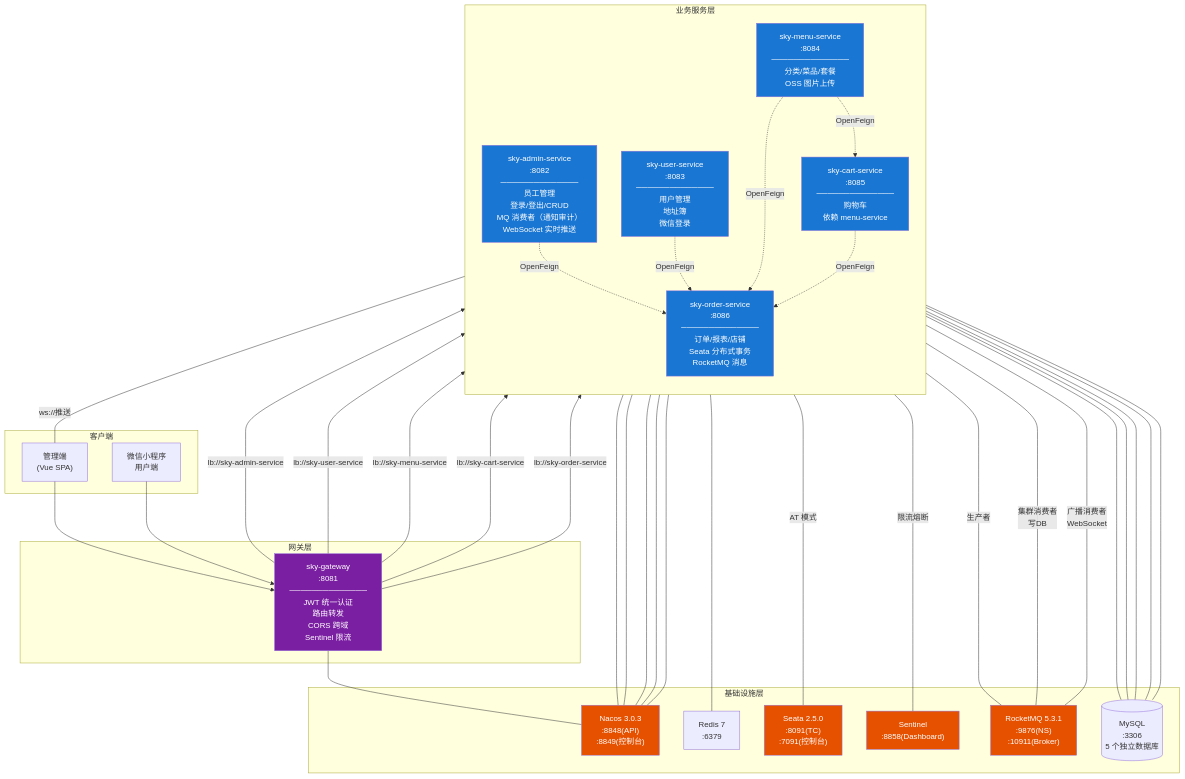
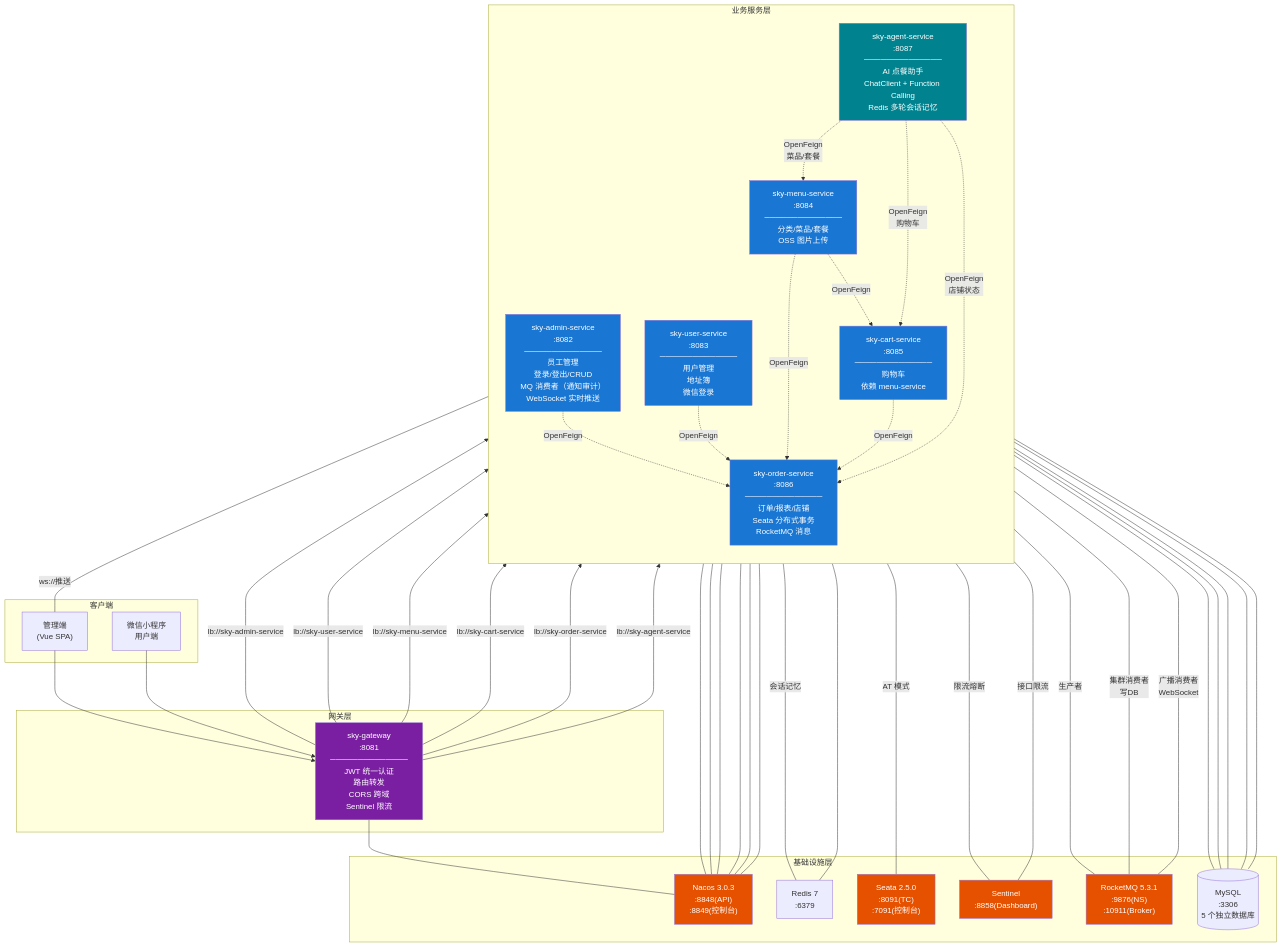
The first of 2 diagrams in README.md (huang-sitong/takeout), drawn with Mermaid before and after one commit. The commit also changed other lines of this file, not shown here.

```diff
--- a/README.md
+++ b/README.md
@@ -51,6 +52,7 @@
         MenuSvc["sky-menu-service<br/>:8084<br/>──────────────<br/>分类/菜品/套餐<br/>OSS 图片上传"]
         CartSvc["sky-cart-service<br/>:8085<br/>──────────────<br/>购物车<br/>依赖 menu-service"]
         OrderSvc["sky-order-service<br/>:8086<br/>──────────────<br/>订单/报表/店铺<br/>Seata 分布式事务<br/>RocketMQ 消息"]
+        AgentSvc["sky-agent-service<br/>:8087<br/>──────────────<br/>AI 点餐助手<br/>ChatClient + Function Calling<br/>Redis 多轮会话记忆"]
     end
 
     subgraph 中间件层["基础设施层"]
@@ -70,18 +72,23 @@
     GW -->|"lb://sky-menu-service"| MenuSvc
     GW -->|"lb://sky-cart-service"| CartSvc
     GW -->|"lb://sky-order-service"| OrderSvc
+    GW -->|"lb://sky-agent-service"| AgentSvc
 
     AdminSvc -.->|"OpenFeign"| OrderSvc
     UserSvc -.->|"OpenFeign"| OrderSvc
     MenuSvc -.->|"OpenFeign"| OrderSvc
     CartSvc -.->|"OpenFeign"| OrderSvc
     MenuSvc -.->|"OpenFeign"| CartSvc
+    AgentSvc -.->|"OpenFeign<br/>菜品/套餐"| MenuSvc
+    AgentSvc -.->|"OpenFeign<br/>购物车"| CartSvc
+    AgentSvc -.->|"OpenFeign<br/>店铺状态"| OrderSvc
 
     AdminSvc --- Nacos
     UserSvc --- Nacos
     MenuSvc --- Nacos
     CartSvc --- Nacos
     OrderSvc --- Nacos
+    AgentSvc --- Nacos
     GW --- Nacos
 
     OrderSvc ---|"AT 模式"| Seata
@@ -90,6 +97,8 @@
     RocketMQ ---|"广播消费者<br/>WebSocket"| AdminSvc
     AdminSvc ---|"ws://推送"| Admin
     OrderSvc ---|"限流熔断"| Sentinel
+    AgentSvc ---|"接口限流"| Sentinel
+    AgentSvc ---|"会话记忆"| Redis
     MenuSvc --- Redis
 
     AdminSvc --- MySQL
@@ -104,6 +113,7 @@
     style MenuSvc fill:#1976D2,color:#fff
     style CartSvc fill:#1976D2,color:#fff
     style OrderSvc fill:#1976D2,color:#fff
+    style AgentSvc fill:#00838F,color:#fff
     style Nacos fill:#E65100,color:#fff
     style Sentinel fill:#E65100,color:#fff
     style Seata fill:#E65100,color:#fff
```
